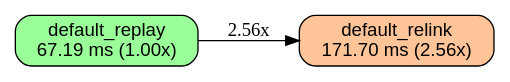
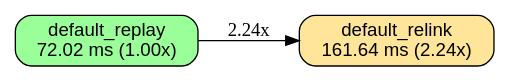
Before and after one commit to orgrinrt/hilavitkutin: the diagram in docs/BENCHES.link-static.release_n25.linux-x86_64-c4-container-intel.dot, drawn with Graphviz. The commit also changed 29 other files, not shown here.

Commit message:
docs: regenerate the bench charts and add the run logs to the note

```diff
--- a/docs/BENCHES.link-static.release_n25.linux-x86_64-c4-container-intel.dot
+++ b/docs/BENCHES.link-static.release_n25.linux-x86_64-c4-container-intel.dot
@@ -1,14 +1,14 @@
 // AUTO-GENERATED: DO NOT EDIT DIRECTLY
 //
 // Generated by: mockspace (mock)
-// Generated at: 2026-11-19T14:01:35Z
+// Generated at: 2026-11-19T23:03:40Z
 // Source: mock/
 // To regenerate: cargo mock
 
 digraph "link-static/release_n25 on linux-x86_64-c4-container-intel" {
   rankdir=LR;
   node [shape=box, style="rounded,filled", fontname="Helvetica"];
-  v0 [label="default_replay\n67.19 ms (1.00x)", fillcolor="0.330 0.4 1.0"];
-  v1 [label="default_relink\n171.70 ms (2.56x)", fillcolor="0.073 0.4 1.0"];
-  v0 -> v1 [label="2.56x"];
+  v0 [label="default_replay\n72.02 ms (1.00x)", fillcolor="0.330 0.4 1.0"];
+  v1 [label="default_relink\n161.64 ms (2.24x)", fillcolor="0.125 0.4 1.0"];
+  v0 -> v1 [label="2.24x"];
 }
```
